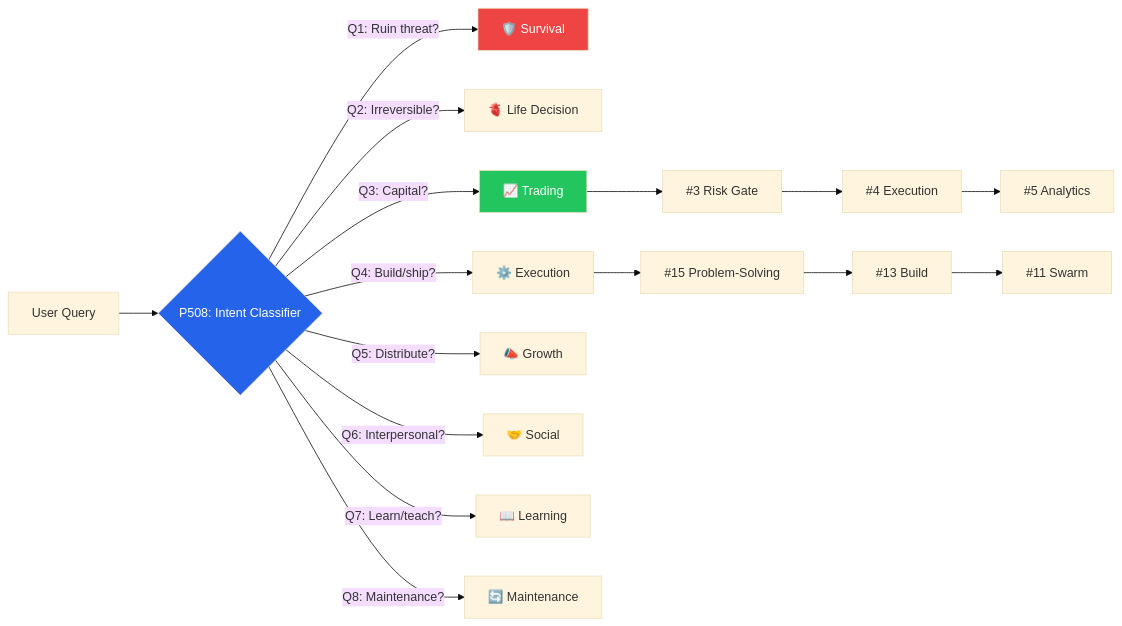
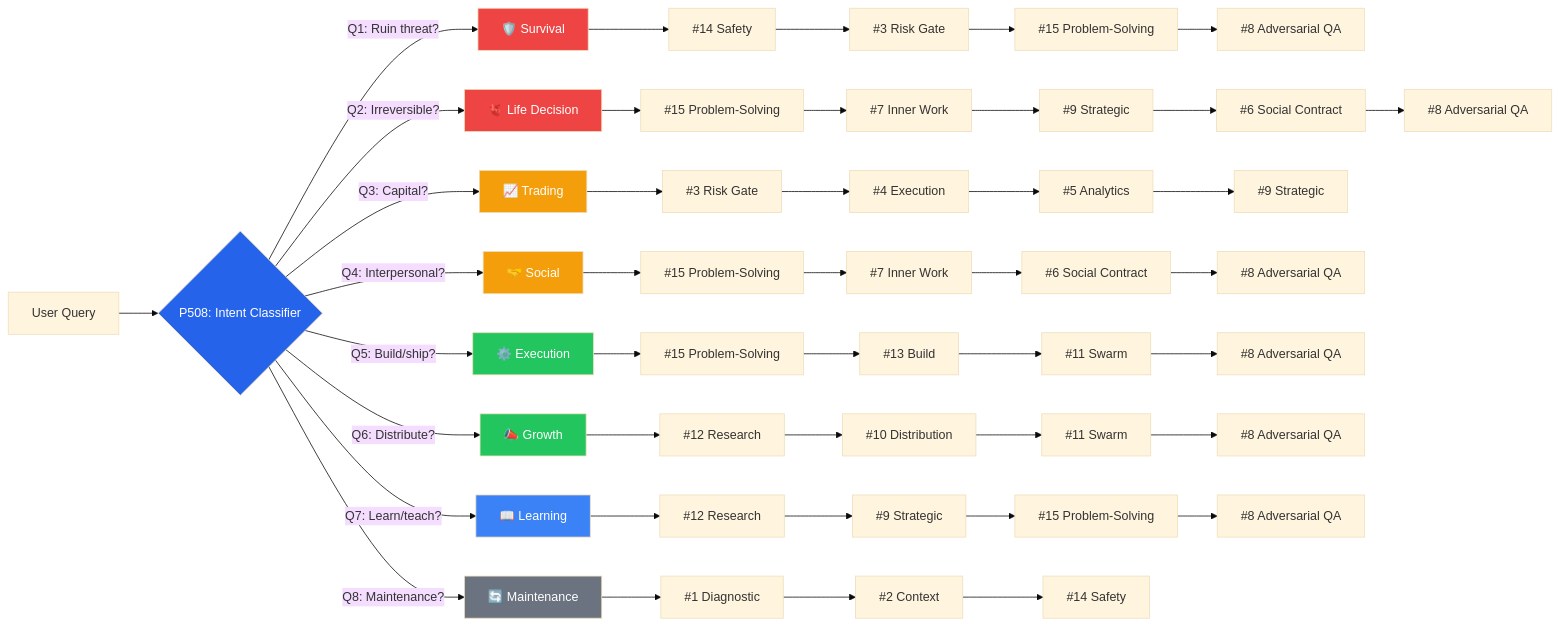
The third of 9 diagrams in docs/ARCHITECTURE.md (agent-memory-atlas-archive/winstonkoh87--Athena-Public), drawn with Mermaid (base theme) before and after one commit. The commit also changed other lines of this file, not shown here.

Commit message:
docs: GTO routing diagram — 8/8 system chains, priority tier colors (v9.4.4)

````diff
--- a/docs/ARCHITECTURE.md
+++ b/docs/ARCHITECTURE.md
@@ -251,19 +253,31 @@
 ```mermaid
 graph LR
     Q[User Query] --> P508{P508: Intent Classifier}
-    P508 --> |"Q1: Ruin threat?"| SUR[🛡️ Survival]
-    P508 --> |"Q2: Irreversible?"| LIFE[🫀 Life Decision]
-    P508 --> |"Q3: Capital?"| TRADE[📈 Trading]
-    P508 --> |"Q4: Build/ship?"| EXEC[⚙️ Execution]
-    P508 --> |"Q5: Distribute?"| GROW[📣 Growth]
-    P508 --> |"Q6: Interpersonal?"| SOC[🤝 Social]
-    P508 --> |"Q7: Learn/teach?"| LEARN[📖 Learning]
-    P508 --> |"Q8: Maintenance?"| MAINT[🔄 Maintenance]
+    P508 --> |"Q1: Ruin threat?"| SUR["🛡️ Survival"]
+    P508 --> |"Q2: Irreversible?"| LIFE["🫀 Life Decision"]
+    P508 --> |"Q3: Capital?"| TRADE["📈 Trading"]
+    P508 --> |"Q4: Interpersonal?"| SOC["🤝 Social"]
+    P508 --> |"Q5: Build/ship?"| EXEC["⚙️ Execution"]
+    P508 --> |"Q6: Distribute?"| GROW["📣 Growth"]
+    P508 --> |"Q7: Learn/teach?"| LEARN["📖 Learning"]
+    P508 --> |"Q8: Maintenance?"| MAINT["🔄 Maintenance"]
 
-    TRADE --> C3[#3 Risk Gate] --> C4[#4 Execution] --> C5[#5 Analytics]
-    EXEC --> C15[#15 Problem-Solving] --> C13[#13 Build] --> C11[#11 Swarm]
+    SUR --> S14["#14 Safety"] --> S3["#3 Risk Gate"] --> S15["#15 Problem-Solving"] --> S8["#8 Adversarial QA"]
+    LIFE --> L15["#15 Problem-Solving"] --> L7["#7 Inner Work"] --> L9["#9 Strategic"] --> L6["#6 Social Contract"] --> L8["#8 Adversarial QA"]
+    TRADE --> C3["#3 Risk Gate"] --> C4["#4 Execution"] --> C5["#5 Analytics"] --> C9["#9 Strategic"]
+    SOC --> SC15["#15 Problem-Solving"] --> SC7["#7 Inner Work"] --> SC6["#6 Social Contract"] --> SC8["#8 Adversarial QA"]
+    EXEC --> E15["#15 Problem-Solving"] --> E13["#13 Build"] --> E11["#11 Swarm"] --> E8["#8 Adversarial QA"]
+    GROW --> G12["#12 Research"] --> G10["#10 Distribution"] --> G11["#11 Swarm"] --> G8["#8 Adversarial QA"]
+    LEARN --> LN12["#12 Research"] --> LN9["#9 Strategic"] --> LN15["#15 Problem-Solving"] --> LN8["#8 Adversarial QA"]
+    MAINT --> M1["#1 Diagnostic"] --> M2["#2 Context"] --> M14["#14 Safety"]
 
     style P508 fill:#2563eb,color:#fff
     style SUR fill:#ef4444,color:#fff
-    style TRADE fill:#22c55e,color:#fff
+    style LIFE fill:#ef4444,color:#fff
+    style TRADE fill:#f59e0b,color:#fff
+    style SOC fill:#f59e0b,color:#fff
+    style EXEC fill:#22c55e,color:#fff
+    style GROW fill:#22c55e,color:#fff
+    style LEARN fill:#3b82f6,color:#fff
+    style MAINT fill:#6b7280,color:#fff
 ```
````
